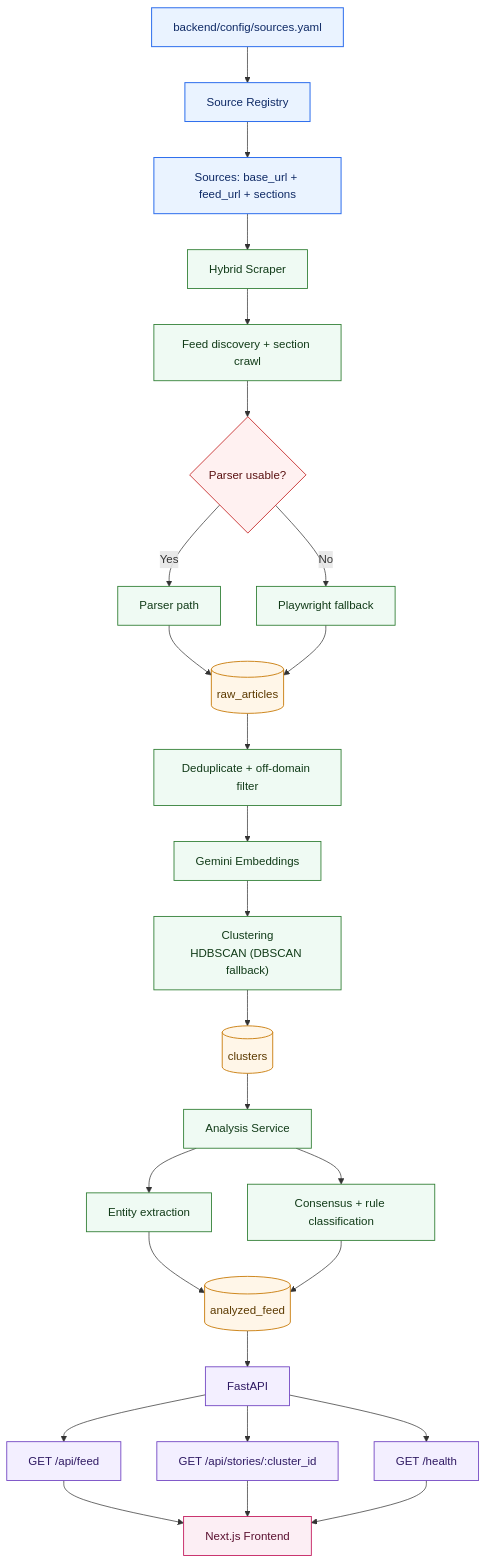
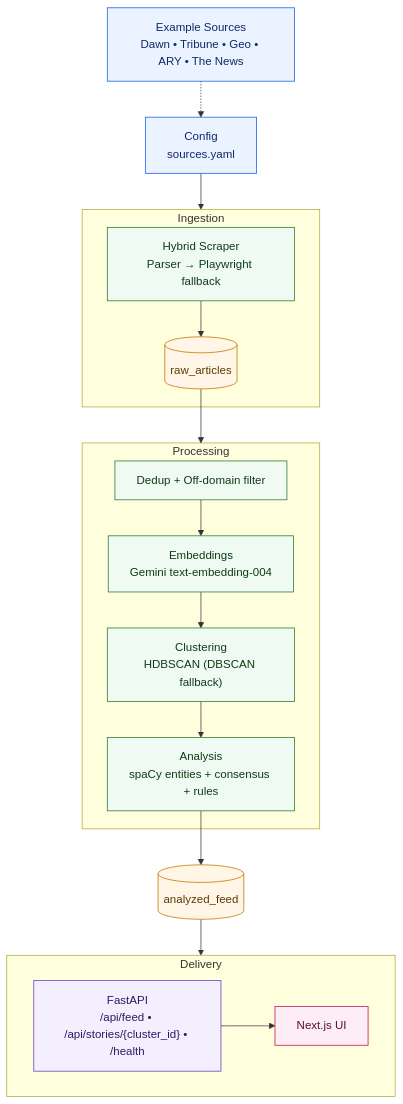
Before and after one commit to SaqlainXoas/saaf-baat: the diagram in README.md, drawn with Mermaid.

Commit message:
docs(readme): update architecture mermaid to compact pipeline view

````diff
--- a/README.md
+++ b/README.md
@@ -76,47 +76,48 @@
 ```mermaid
-flowchart TD
-    A["backend/config/sources.yaml"] --> B["Source Registry"]
-    B --> B1["Sources: base_url + feed_url + sections"]
-    B1 --> C["Hybrid Scraper"]
+flowchart TB
 
-    C --> C1["Feed discovery + section crawl"]
-    C1 --> X{"Parser usable?"}
-    X -- Yes --> C2["Parser path"]
-    X -- No --> C3["Playwright fallback"]
+  S["Config<br/>sources.yaml"] --> ING
 
-    C2 --> D[(raw_articles)]
-    C3 --> D
-    D --> D1["Deduplicate + off-domain filter"]
+  %% Publisher examples (side reference)
+  PUB["Example Sources<br/>Dawn • Tribune • Geo • ARY • The News"]
+  PUB -.-> S
 
-    D1 --> E["Gemini Embeddings"]
-    E --> F["Clustering\nHDBSCAN (DBSCAN fallback)"]
-    F --> G[(clusters)]
+  subgraph ING["Ingestion"]
+    I["Hybrid Scraper<br/>Parser → Playwright fallback"]
+    R[(raw_articles)]
+    I --> R
+  end
 
-    G --> H["Analysis Service"]
-    H --> H1["Entity extraction"]
-    H --> H2["Consensus + rule classification"]
-    H1 --> I[(analyzed_feed)]
-    H2 --> I
+  R --> P
 
-    I --> J["FastAPI"]
-    J --> J1["GET /api/feed"]
-    J --> J2["GET /api/stories/:cluster_id"]
-    J --> J3["GET /health"]
-    J1 --> K["Next.js Frontend"]
-    J2 --> K
-    J3 --> K
+  subgraph P["Processing"]
+    D["Dedup + Off-domain filter"]
+    E["Embeddings<br/>Gemini text-embedding-004"]
+    C["Clustering<br/>HDBSCAN (DBSCAN fallback)"]
+    A["Analysis<br/>spaCy entities + consensus + rules"]
+    D --> E --> C --> A
+  end
 
-    classDef source fill:#EAF3FF,stroke:#2F6FED,color:#0F2A66,stroke-width:1.4px;
-    classDef process fill:#EFFAF3,stroke:#2E7D32,color:#113B18,stroke-width:1.2px;
-    classDef storage fill:#FFF6E8,stroke:#C77700,color:#5C3A00,stroke-width:1.2px;
-    classDef decision fill:#FFF1F1,stroke:#C62828,color:#5A1111,stroke-width:1.2px;
-    classDef api fill:#F3EFFF,stroke:#6F42C1,color:#2F1A63,stroke-width:1.2px;
-    classDef ui fill:#FCEEF4,stroke:#C2185B,color:#5A1030,stroke-width:1.2px;
+  A --> F[(analyzed_feed)]
 
-    class A,B,B1 source;
-    class C,C1,C2,C3,D1,E,F,H,H1,H2 process;
-    class D,G,I storage;
-    class X decision;
-    class J,J1,J2,J3 api;
-    class K ui;
+  subgraph SERVE["Delivery"]
+    API["FastAPI<br/>/api/feed • /api/stories/{cluster_id} • /health"]
+    UI["Next.js UI"]
+    API --> UI
+  end
+
+  F --> SERVE
+
+  classDef source fill:#EAF3FF,stroke:#2F6FED,color:#0F2A66,stroke-width:1.2px;
+  classDef process fill:#EFFAF3,stroke:#2E7D32,color:#113B18,stroke-width:1.1px;
+  classDef storage fill:#FFF6E8,stroke:#C77700,color:#5C3A00,stroke-width:1.1px;
+  classDef api fill:#F3EFFF,stroke:#6F42C1,color:#2F1A63,stroke-width:1.1px;
+  classDef ui fill:#FCEEF4,stroke:#C2185B,color:#5A1030,stroke-width:1.1px;
+
+  class S source;
+  class PUB source;
+  class I,D,E,C,A process;
+  class R,F storage;
+  class API api;
+  class UI ui;
 ```
````
